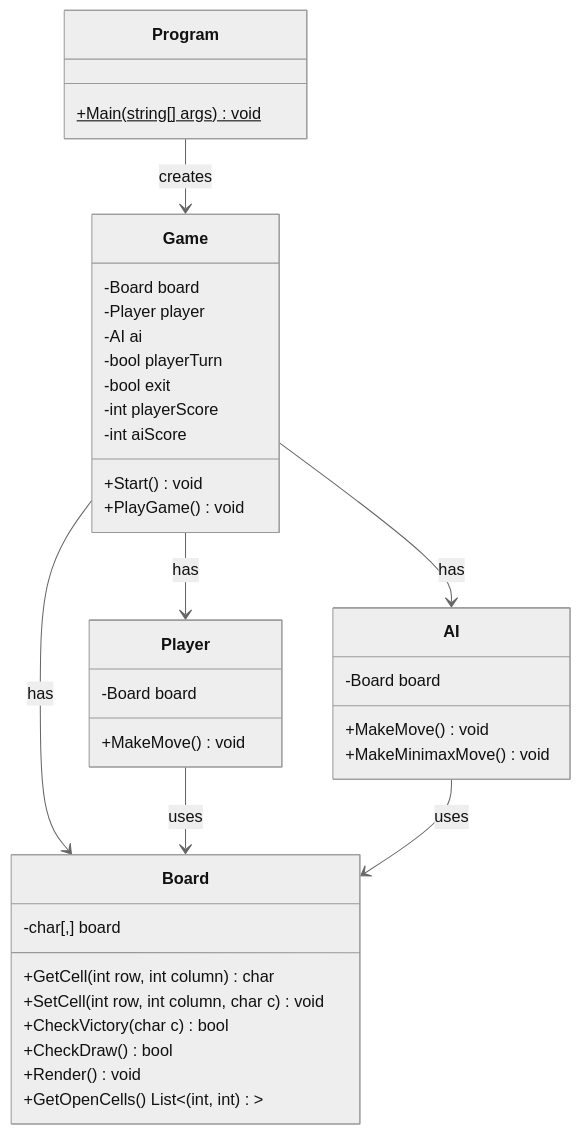
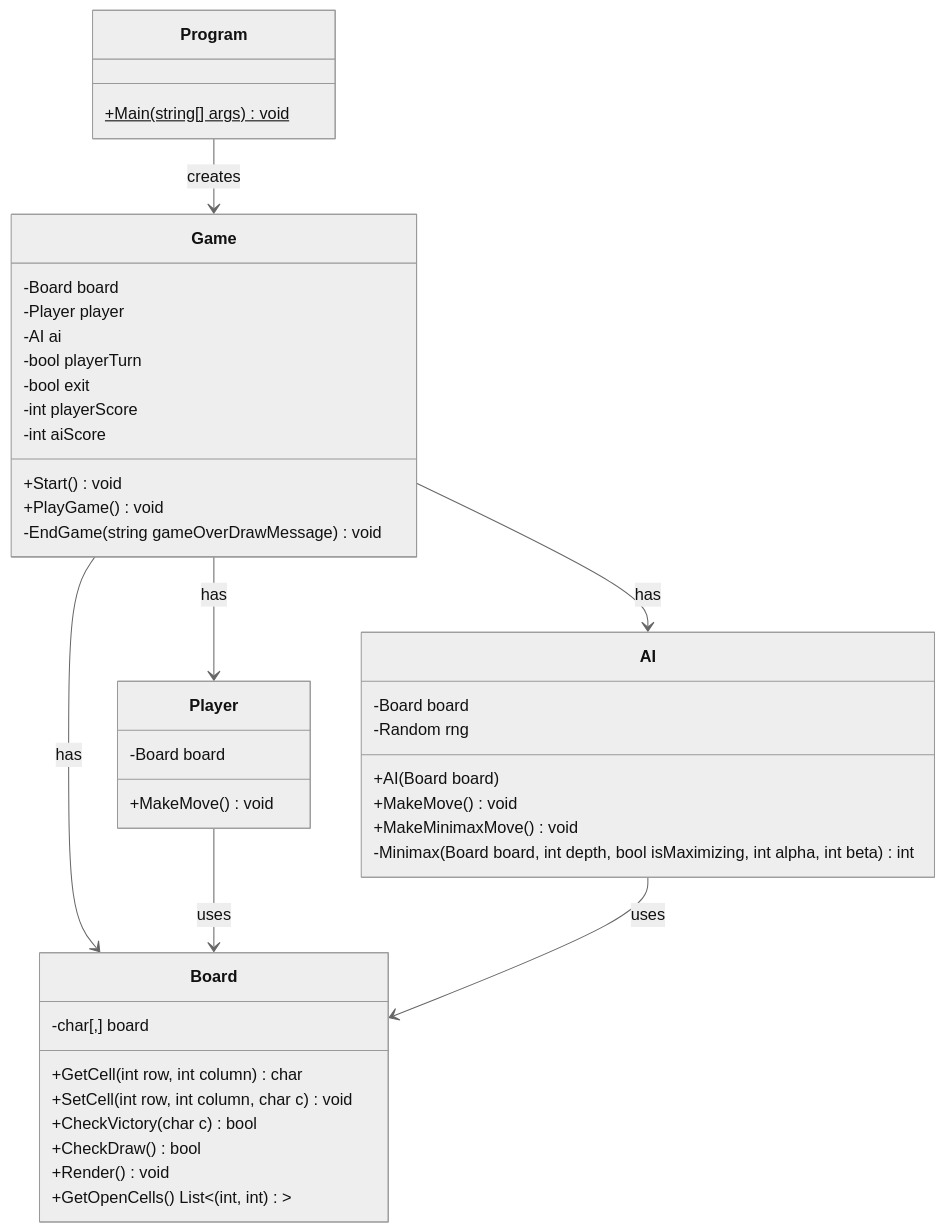
The diagram in README.md (pulgaCS/TicTacToe), drawn with Mermaid (neutral theme) before and after one commit. The commit also changed other lines of this file, not shown here.

````diff
--- a/README.md
+++ b/README.md
@@ -39,42 +39,46 @@
 ```mermaid
+
 classDiagram
     class Program {
         +Main(string[] args)$ void
     }
     class Game {
         -Board board
         -Player player
         -AI ai
         -bool playerTurn
         -bool exit
         -int playerScore
         -int aiScore
         +Start() void
         +PlayGame() void
+        -EndGame(string gameOverDrawMessage) void
     }
     class Board {
         -char[,] board
         +GetCell(int row, int column) char
         +SetCell(int row, int column, char c) void
         +CheckVictory(char c) bool
         +CheckDraw() bool
         +Render() void
         +GetOpenCells() List<(int, int)>
     }
     class Player {
         -Board board
         +MakeMove() void
     }
     class AI {
         -Board board
+        -Random rng
+        +AI(Board board)
         +MakeMove() void
         +MakeMinimaxMove() void
+        -Minimax(Board board, int depth, bool isMaximizing, int alpha, int beta) int
     }
-
     Program --> Game : creates
     Game --> Board : has
     Game --> Player : has
     Game --> AI : has
     Player --> Board : uses
     AI --> Board : uses
 ```
````
